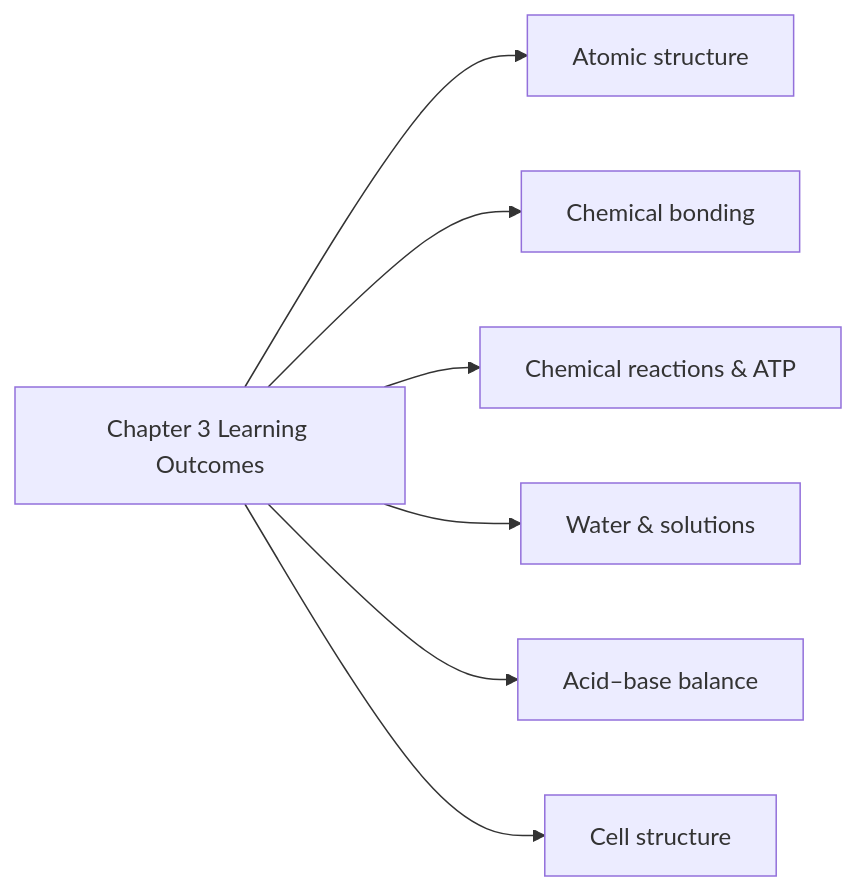
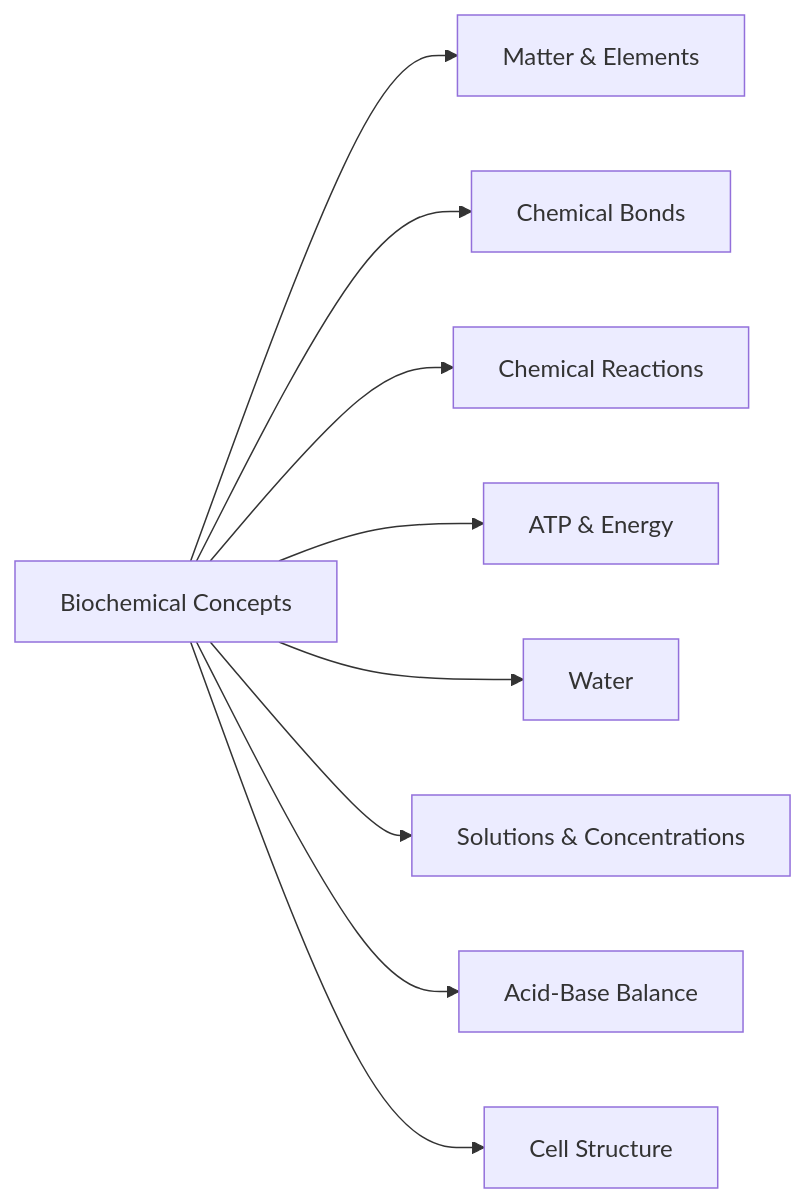
The first of 13 diagrams in tests/fixtures/golden/bse-ch3-expected/bse-ch3.md (shosho-chang/nakama), drawn with Mermaid before and after one commit. The commit also changed other lines of this file and 150 other files, not shown here.

````diff
--- a/tests/fixtures/golden/bse-ch3-expected/bse-ch3.md
+++ b/tests/fixtures/golden/bse-ch3-expected/bse-ch3.md
@@ -941,9 +939,11 @@
 ```mermaid
 flowchart LR
-  A[Chapter 3 Learning Outcomes] --> B[Atomic structure]
-  A --> C[Chemical bonding]
-  A --> D[Chemical reactions & ATP]
-  A --> E[Water & solutions]
-  A --> F[Acid–base balance]
-  A --> G[Cell structure]
+  BiochemicalConcepts[Biochemical Concepts] --> MatterElements[Matter & Elements]
+  BiochemicalConcepts --> ChemicalBonds[Chemical Bonds]
+  BiochemicalConcepts --> ChemicalReactions[Chemical Reactions]
+  BiochemicalConcepts --> ATPEnergy[ATP & Energy]
+  BiochemicalConcepts --> Water
+  BiochemicalConcepts --> Solutions[Solutions & Concentrations]
+  BiochemicalConcepts --> AcidBase[Acid-Base Balance]
+  BiochemicalConcepts --> CellStructure[Cell Structure]
 ```
````
